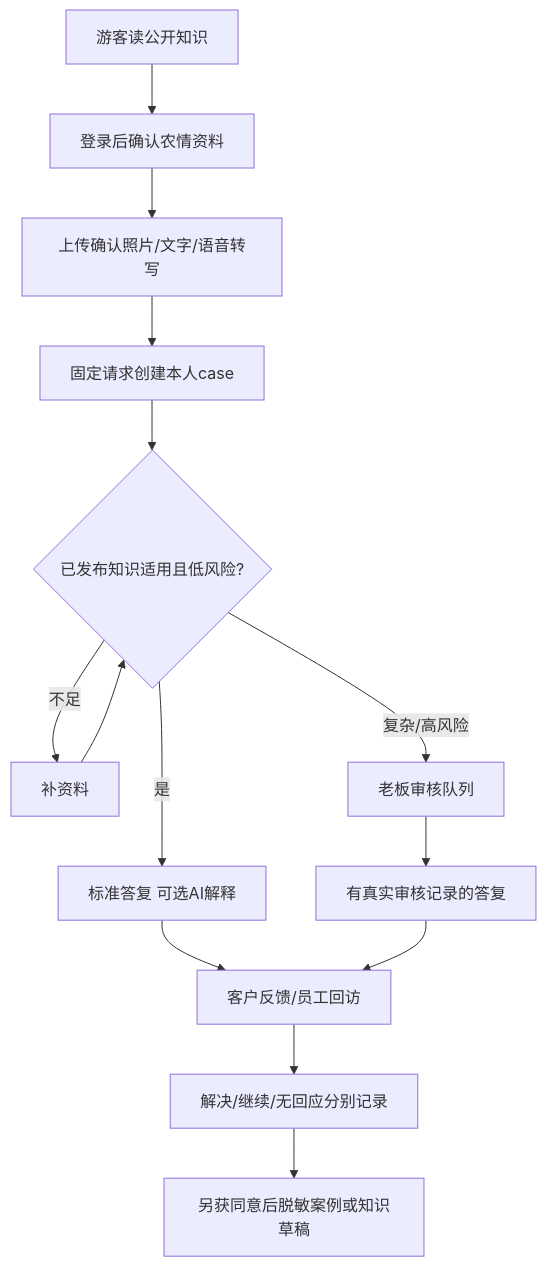
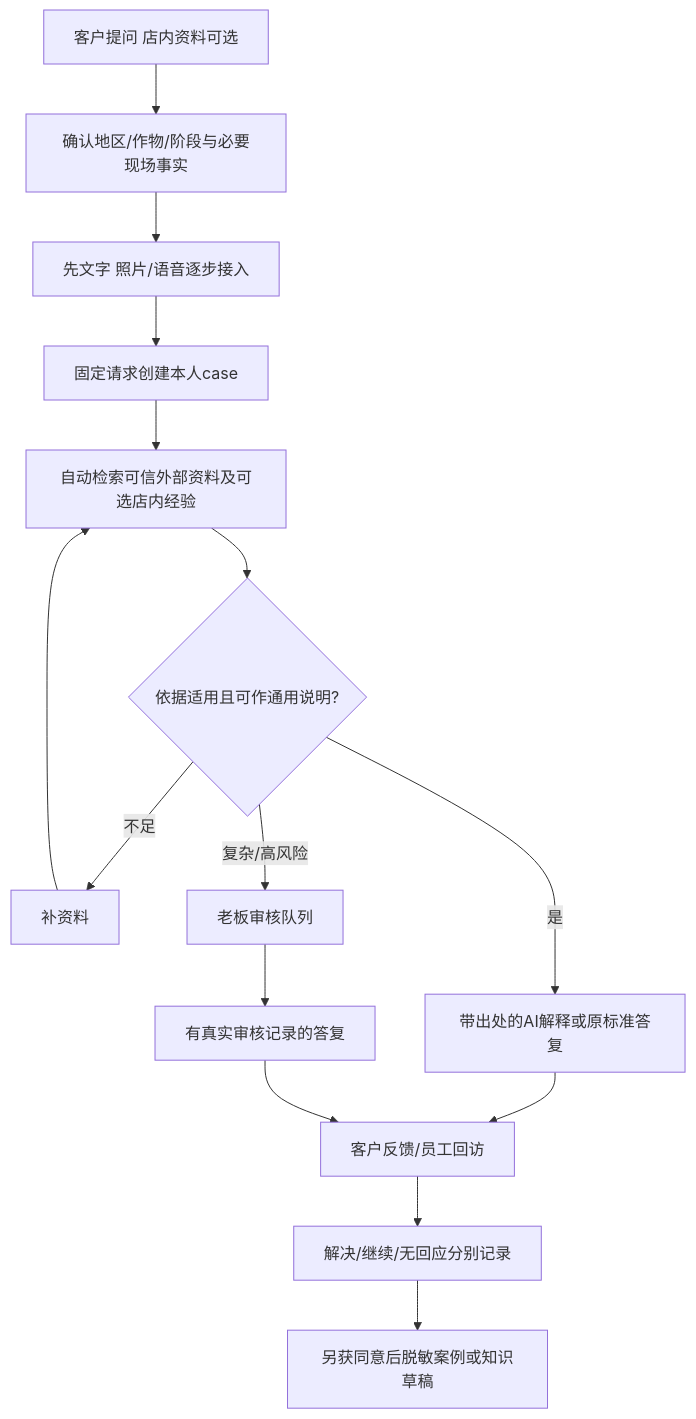
The second of 3 diagrams in docs/current/07-客户端设计与实施手册.md (yzym1119/agri_system), drawn with Mermaid before and after one commit. The commit also changed other lines of this file and 45 other files, not shown here.

````diff
--- a/docs/current/07-客户端设计与实施手册.md
+++ b/docs/current/07-客户端设计与实施手册.md
@@ -230,16 +232,17 @@
 ```mermaid
 flowchart TD
- A[游客读公开知识] --> B[登录后确认农情资料]
- B --> C[上传确认照片/文字/语音转写]
+ A[客户提问 店内资料可选] --> B[确认地区/作物/阶段与必要现场事实]
+ B --> C[先文字 照片/语音逐步接入]
  C --> D[固定请求创建本人case]
- D --> E{已发布知识适用且低风险?}
- E -->|是| F[标准答复 可选AI解释]
+ D --> R[自动检索可信外部资料及可选店内经验]
+ R --> E{依据适用且可作通用说明?}
+ E -->|是| F[带出处的AI解释或原标准答复]
  E -->|不足| G[补资料]
  E -->|复杂/高风险| H[老板审核队列]
- G --> E
+ G --> R
  H --> I[有真实审核记录的答复]
  F --> J[客户反馈/员工回访]
  I --> J
  J --> K[解决/继续/无回应分别记录]
  K --> L[另获同意后脱敏案例或知识草稿]
 ```
````
